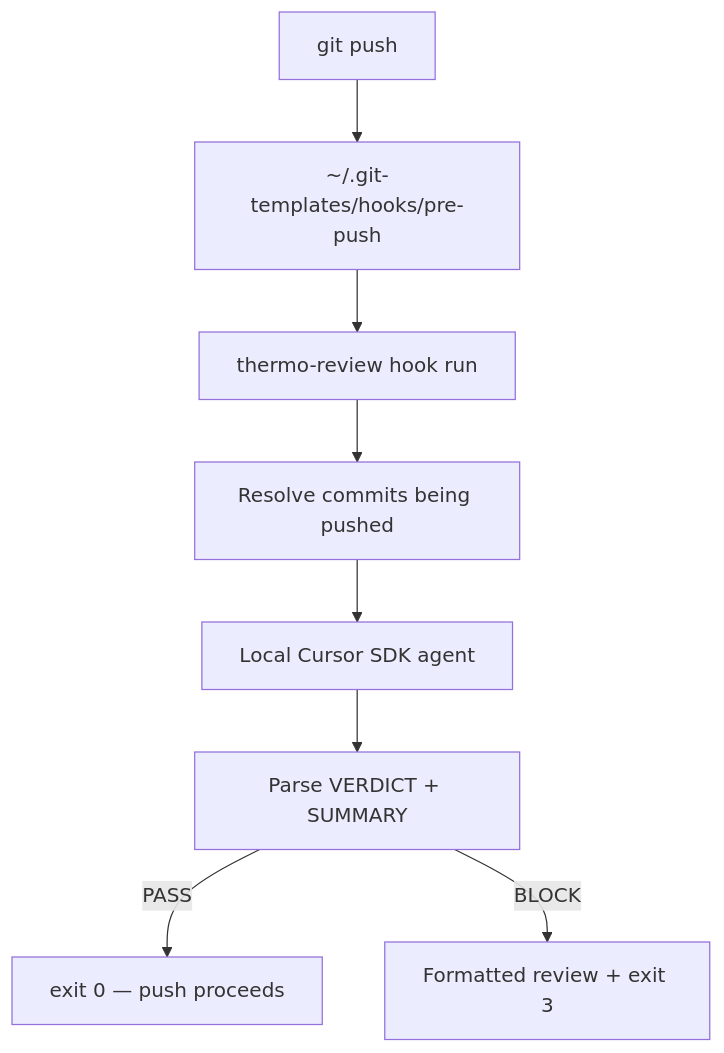
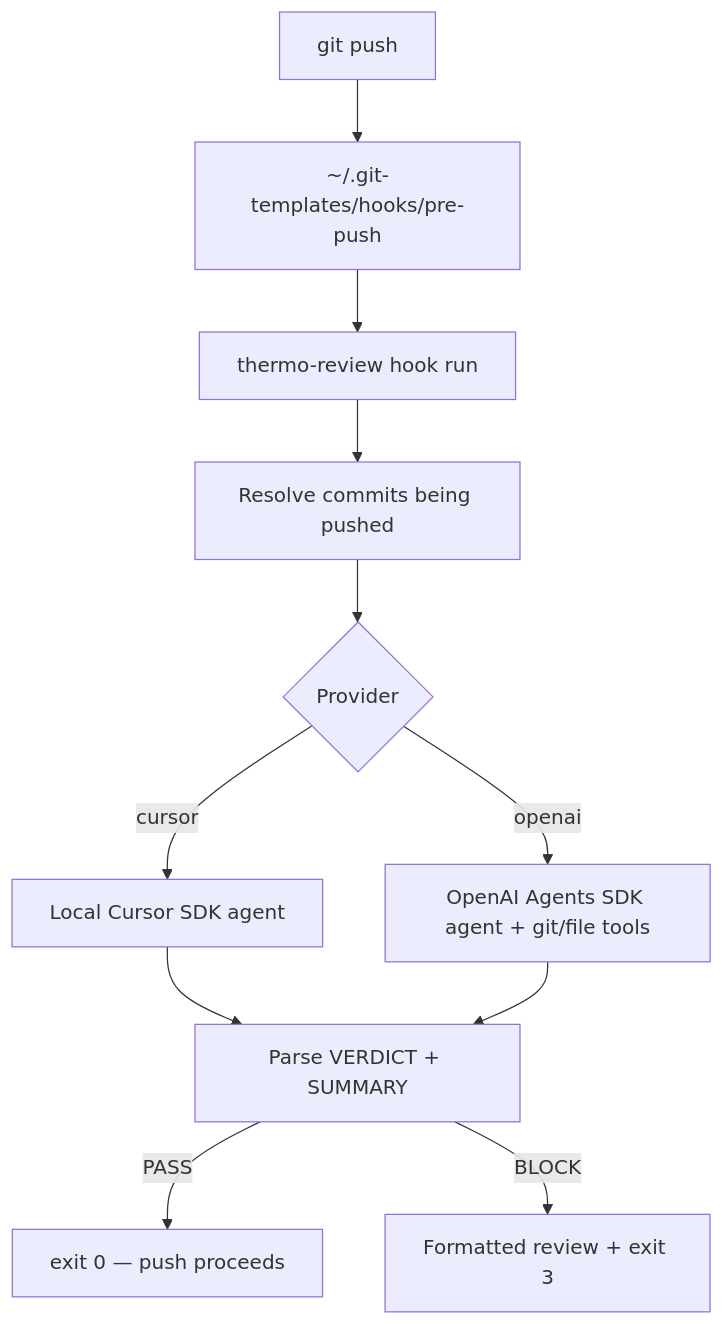
The diagram in README.md (ZNZ-systems/tnuk.dev), drawn with Mermaid before and after one commit. The commit also changed other lines of this file and 17 other files, not shown here.

Commit message:
add openAI agents sdk support with oauth

````diff
--- a/README.md
+++ b/README.md
@@ -25,10 +34,13 @@
 ```mermaid
 flowchart TD
   gitPush[git push] --> prePushHook["~/.git-templates/hooks/pre-push"]
   prePushHook --> cli["thermo-review hook run"]
   cli --> scope[Resolve commits being pushed]
-  scope --> agent[Local Cursor SDK agent]
-  agent --> parse[Parse VERDICT + SUMMARY]
+  scope --> backend{Provider}
+  backend -->|cursor| cur[Local Cursor SDK agent]
+  backend -->|openai| oai[OpenAI Agents SDK agent + git/file tools]
+  cur --> parse[Parse VERDICT + SUMMARY]
+  oai --> parse
   parse -->|PASS| allow[exit 0 — push proceeds]
   parse -->|BLOCK| block[Formatted review + exit 3]
 ```
````
